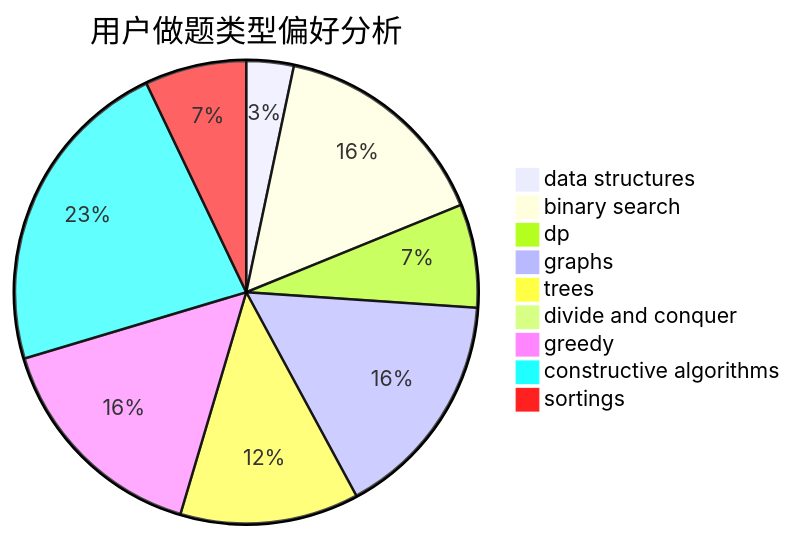
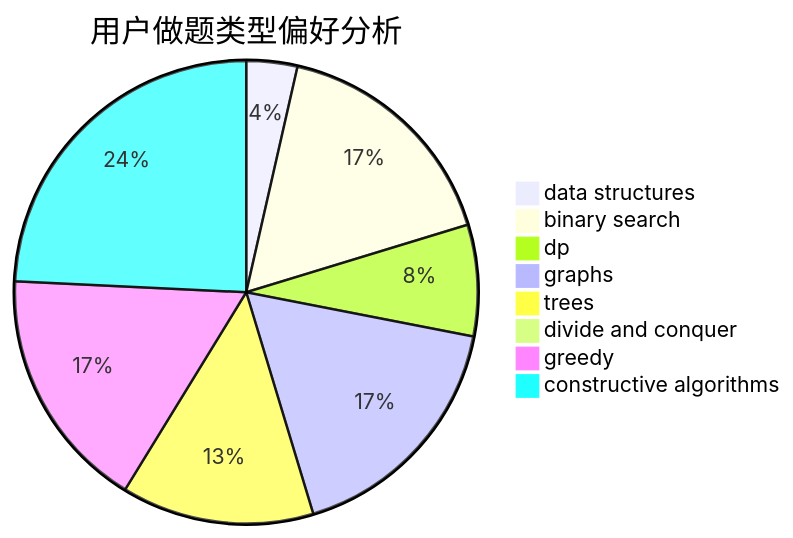
The second of 3 diagrams in docs/user/u645.md (sherpahu/cfrs.github.io), drawn with Mermaid before and after one commit. The commit also changed other lines of this file and 2769 other files, not shown here.

````diff
--- a/docs/user/u645.md
+++ b/docs/user/u645.md
@@ -18,12 +18,11 @@
 ```mermaid
 pie title 用户做题类型偏好分析
     "data structures" :  27
     "binary search" :  127
     "dp" :  59
     "graphs" :  131
     "trees" :  102
     "divide and conquer" :  0
     "greedy" :  129
     "constructive algorithms" :  184
-    "sortings" :  58
 ```
````
